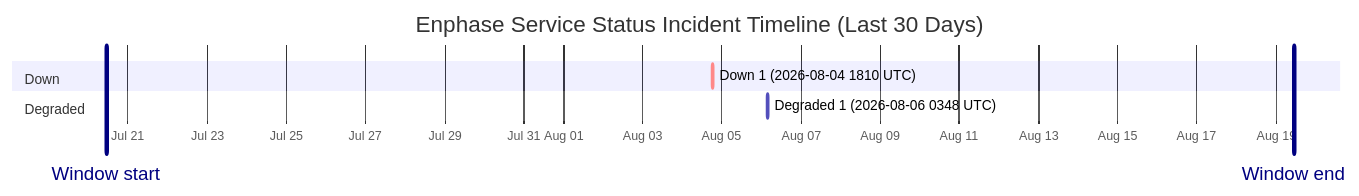
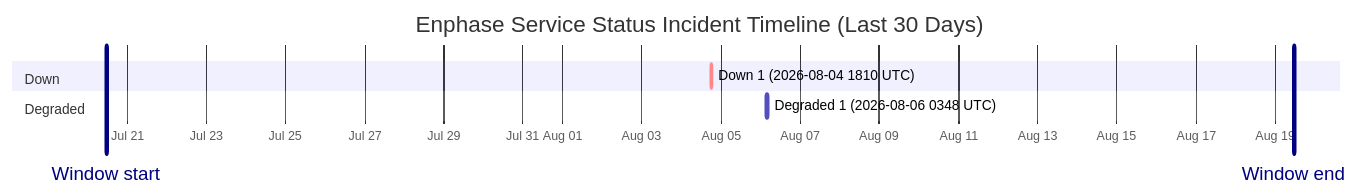
One commit to barneyonline/ha-enphase-energy changed the diagram in wiki/Service-Status-History.md. Above: the diagram before and after it, drawn with Mermaid. The commit also changed other lines of this file and 3 other files, not shown here.

````diff
--- a/wiki/Service-Status-History.md
+++ b/wiki/Service-Status-History.md
@@ -14,12 +14,12 @@
 ```mermaid
 gantt
     title Enphase Service Status Incident Timeline (Last 30 Days)
     dateFormat  YYYY-MM-DDTHH:mm:ss
     axisFormat  %b %d
-    Window start :vert, window-start, 2026-07-20T10:54:52, 0ms
-    Window end :vert, window-end, 2026-08-19T10:54:52, 0ms
+    Window start :vert, window-start, 2026-07-20T11:22:39, 0ms
+    Window end :vert, window-end, 2026-08-19T11:22:39, 0ms
     section Down
     Down 1 (2026-08-04 1810 UTC) :crit, down-1, 2026-08-04T18:10:46, 60m
     section Degraded
     Degraded 1 (2026-08-06 0348 UTC) :active, degraded-1, 2026-08-06T03:48:14, 60m
 ```
````
